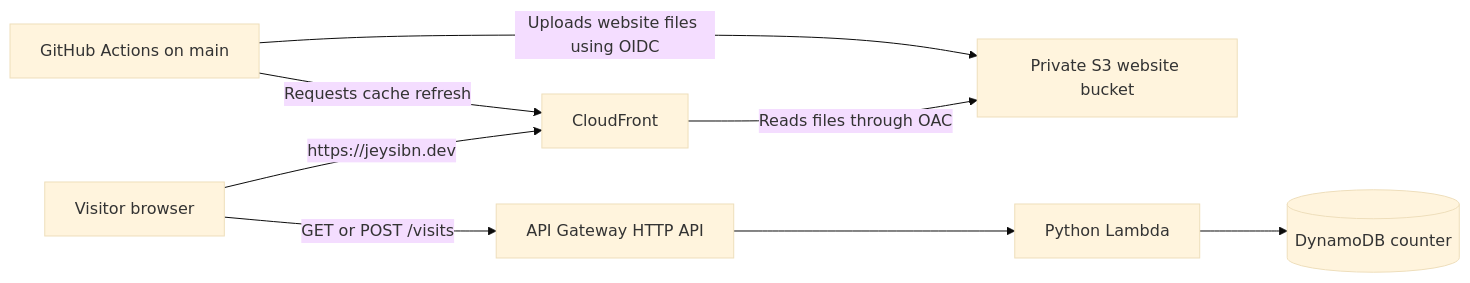
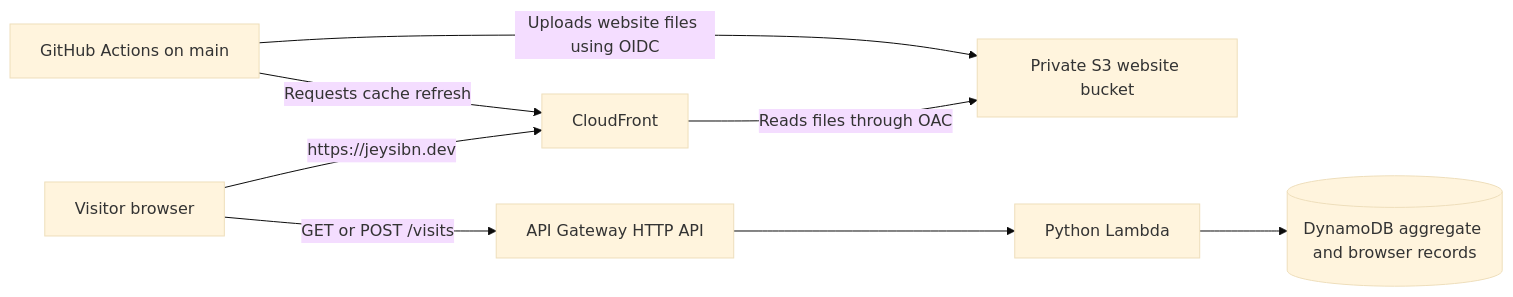
One commit to Jeysibn/cloud-resume-challenge changed the diagram in README.md. Above: the diagram before and after it, drawn with Mermaid (base theme). The commit also changed other lines of this file and 20 other files, not shown here.

````diff
--- a/README.md
+++ b/README.md
@@ -9,18 +9,18 @@
 ```mermaid
 flowchart LR
     Browser[Visitor browser]
     CloudFront[CloudFront]
     Website[Private S3 website bucket]
     API[API Gateway HTTP API]
     Lambda[Python Lambda]
-    Counter[(DynamoDB counter)]
+    Counter[(DynamoDB aggregate and browser records)]
     Actions[GitHub Actions on main]
 
     Browser -->|https://jeysibn.dev| CloudFront
     CloudFront -->|Reads files through OAC| Website
     Browser -->|GET or POST /visits| API
     API --> Lambda
     Lambda --> Counter
     Actions -->|Uploads website files using OIDC| Website
     Actions -->|Requests cache refresh| CloudFront
 ```
````
